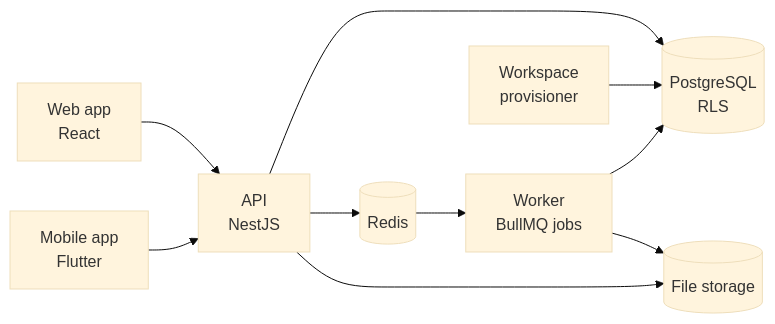
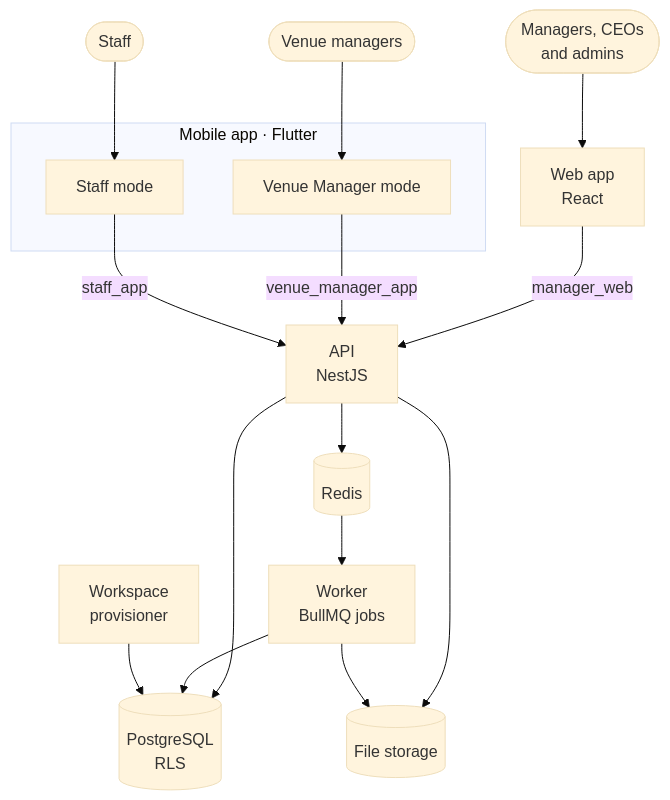
The diagram in README.md (Rabblo06/rab-recurit), drawn with Mermaid (base theme) before and after one commit. The commit also changed other lines of this file, not shown here.

Commit message:
docs: show Venue Managers and per-role apps in README architecture
The diagram now shows who uses each client and which application target
the API admits them to: Managers on the web app, Venue Managers and Staff
in their own modes of the Flutter app. It also explains Venue Manager
access and venue-scoped data.

````diff
--- a/README.md
+++ b/README.md
@@ -150,12 +150,29 @@
 ```mermaid
-flowchart LR
-    web["Web app<br/>React"] --> api
-    mobile["Mobile app<br/>Flutter"] --> api
-    api["API<br/>NestJS"] --> pg[("PostgreSQL<br/>RLS")]
+flowchart TB
+    managers(["Managers, CEOs<br/>and admins"])
+    venueManagers(["Venue managers"])
+    staff(["Staff"])
+
+    web["Web app<br/>React"]
+    subgraph mobileApp ["Mobile app · Flutter"]
+        vmMode["Venue Manager mode"]
+        staffMode["Staff mode"]
+    end
+
+    managers --> web
+    venueManagers --> vmMode
+    staff --> staffMode
+
+    web -- "manager_web" --> api
+    vmMode -- "venue_manager_app" --> api
+    staffMode -- "staff_app" --> api
+
+    api["API<br/>NestJS"]
     api --> redis[("Redis")]
     redis --> worker["Worker<br/>BullMQ jobs"]
+    api --> pg[("PostgreSQL<br/>RLS")]
     worker --> pg
     provisioner["Workspace<br/>provisioner"] --> pg
     api --> files[("File storage")]
     worker --> files
 ```
````
